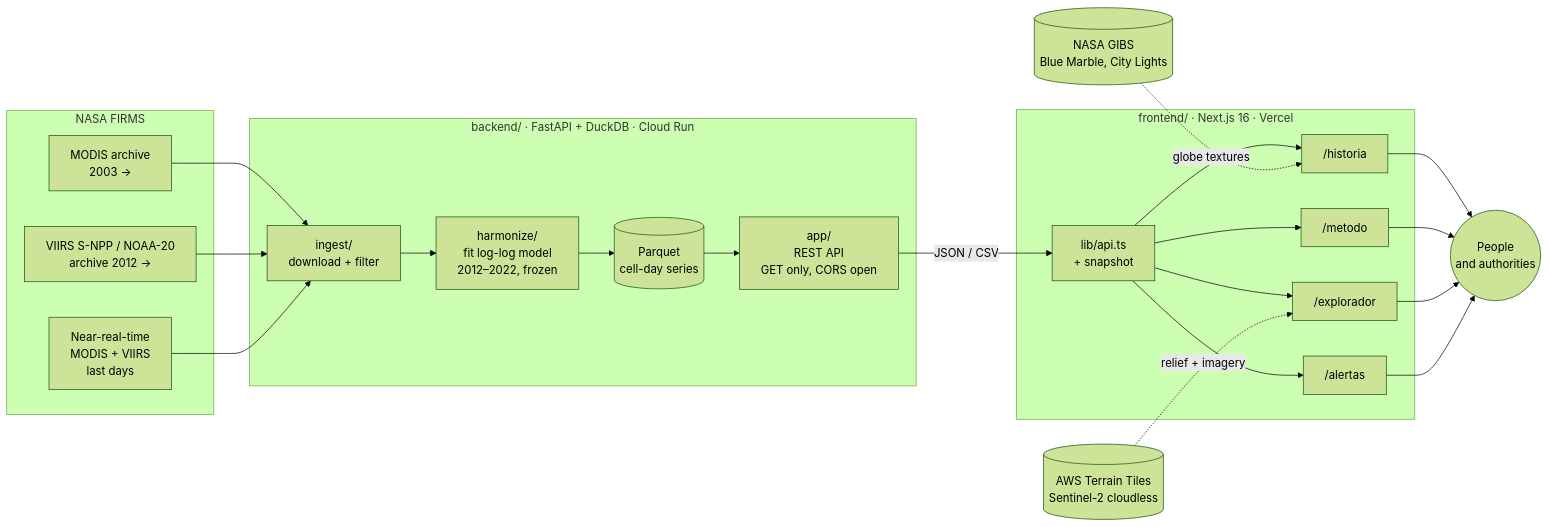
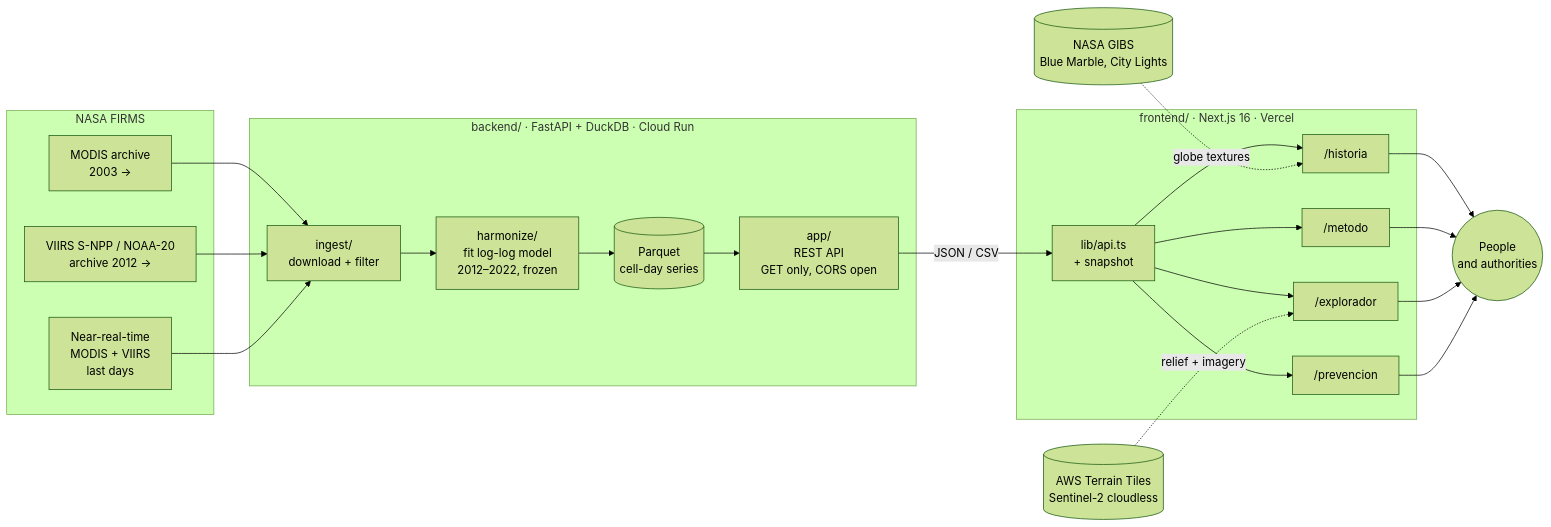
One commit to SebasHuaypar/Yakanas-NASA changed the second of 5 diagrams in README.md. Above: the diagram before and after it, drawn with Mermaid (forest theme). The commit also changed other lines of this file and 19 other files, not shown here.

First line of the commit message:
feat(frontend): pagina de prevencion (lugares, vista de campo y temporada) en lugar de alertas

````diff
--- a/README.md
+++ b/README.md
@@ -99,32 +99,32 @@
 ```mermaid
 flowchart LR
     subgraph NASA["NASA FIRMS"]
         A1[MODIS archive<br/>2003 →]
         A2[VIIRS S-NPP / NOAA-20<br/>archive 2012 →]
         A3[Near-real-time<br/>MODIS + VIIRS<br/>last days]
     end
 
     subgraph BE["backend/  ·  FastAPI + DuckDB  ·  Cloud Run"]
         B1[ingest/<br/>download + filter]
         B2[harmonize/<br/>fit log-log model<br/>2012–2022, frozen]
         B3[(Parquet<br/>cell-day series)]
         B4[app/<br/>REST API<br/>GET only, CORS open]
     end
 
     subgraph FE["frontend/  ·  Next.js 16  ·  Vercel"]
         C1["/historia"]
         C2["/metodo"]
         C3["/explorador"]
-        C4["/alertas"]
+        C4["/prevencion"]
         C5[lib/api.ts<br/>+ snapshot]
     end
 
     U((People<br/>and authorities))
 
     A1 & A2 & A3 --> B1 --> B2 --> B3 --> B4
     B4 -- JSON / CSV --> C5
     C5 --> C1 & C2 & C3 & C4
     C1 & C2 & C3 & C4 --> U
     AWS[(AWS Terrain Tiles<br/>Sentinel-2 cloudless)] -. relief + imagery .-> C3
     NASAG[(NASA GIBS<br/>Blue Marble, City Lights)] -. globe textures .-> C1
 ```
````
